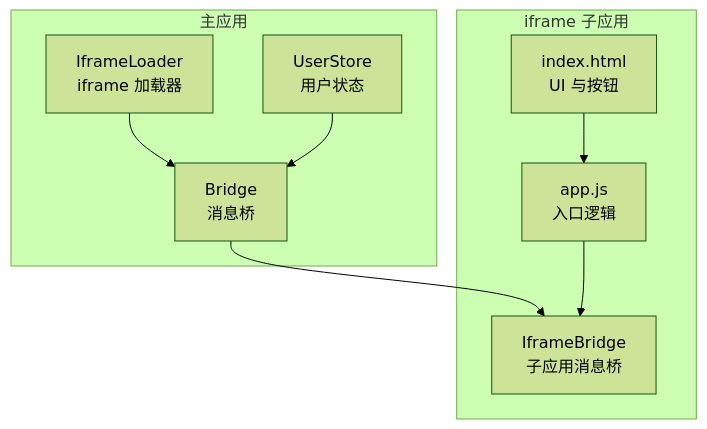
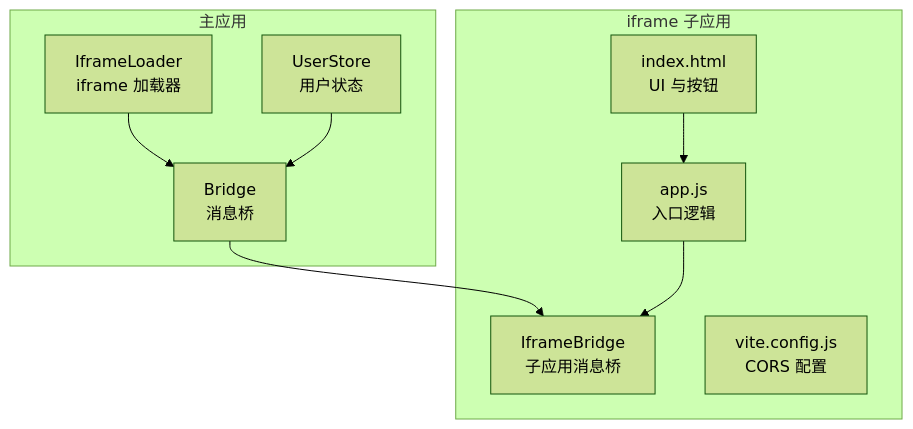
One commit to my-Sitara/artisan-base-frontend changed the first of 7 diagrams in .qoder/repowiki/zh/content/高级主题/iframe 跨域治理.md. Above: the diagram before and after it, drawn with Mermaid (forest theme). The commit also changed other lines of this file and 35 other files, not shown here.

````diff
--- a/.qoder/repowiki/zh/content/高级主题/iframe 跨域治理.md
+++ b/.qoder/repowiki/zh/content/高级主题/iframe 跨域治理.md
@@ -38,18 +49,19 @@
 ```mermaid
 graph TB
 subgraph "主应用"
 MA_Bridge["Bridge<br/>消息桥"]
 MA_IfLoader["IframeLoader<br/>iframe 加载器"]
 MA_UserStore["UserStore<br/>用户状态"]
 end
 subgraph "iframe 子应用"
 IA_Bridge["IframeBridge<br/>子应用消息桥"]
 IA_App["app.js<br/>入口逻辑"]
 IA_HTML["index.html<br/>UI 与按钮"]
+IA_Vite["vite.config.js<br/>CORS 配置"]
 end
 MA_IfLoader --> MA_Bridge
 MA_Bridge --> IA_Bridge
 IA_App --> IA_Bridge
 IA_HTML --> IA_App
 MA_UserStore --> MA_Bridge
 ```
````
